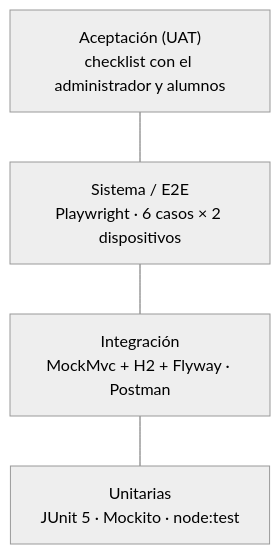
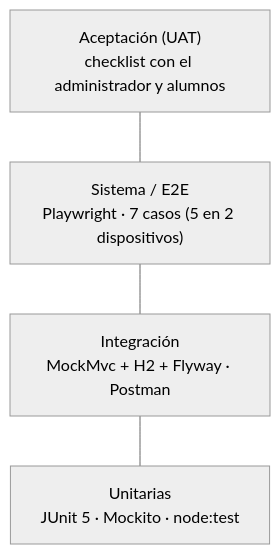
The diagram in docs/06-plan-de-pruebas.md (BryanDiaz23/matematica-sin-estres2), drawn with Mermaid (neutral theme) before and after one commit. The commit also changed other lines of this file and 188 other files, not shown here.

````diff
--- a/docs/06-plan-de-pruebas.md
+++ b/docs/06-plan-de-pruebas.md
@@ -47,8 +47,8 @@
 ```mermaid
 flowchart TB
     A["Aceptación (UAT)<br/>checklist con el administrador y alumnos"]
-    B["Sistema / E2E<br/>Playwright · 6 casos × 2 dispositivos"]
+    B["Sistema / E2E<br/>Playwright · 7 casos (5 en 2 dispositivos)"]
     C["Integración<br/>MockMvc + H2 + Flyway · Postman"]
     D["Unitarias<br/>JUnit 5 · Mockito · node:test"]
     A --- B --- C --- D
 ```
````
